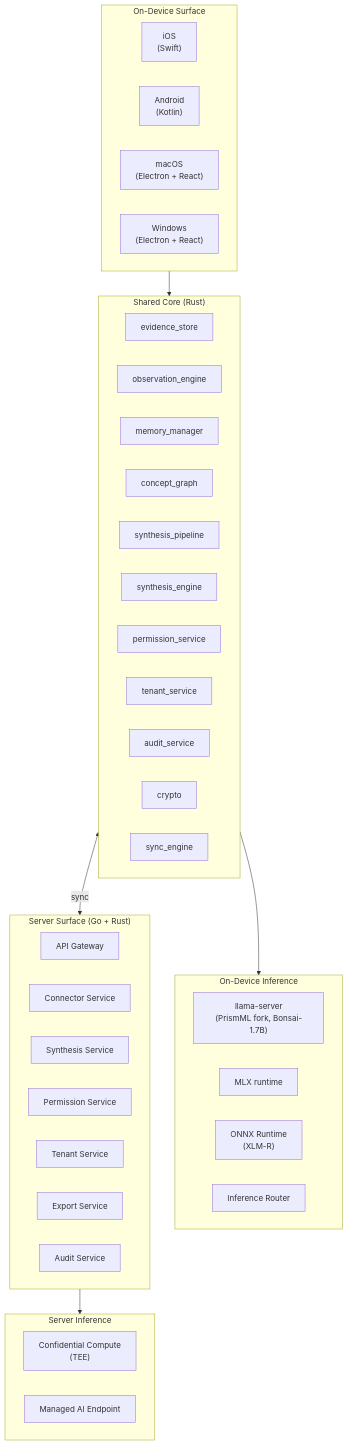
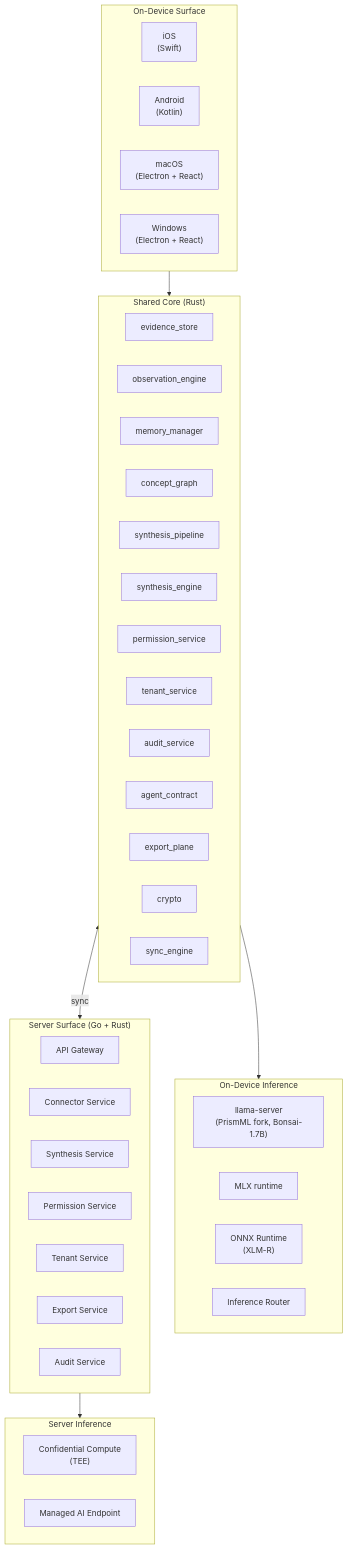
The first of 4 diagrams in ARCHITECTURE.md (kennguy3n/knowledge), drawn with Mermaid before and after one commit. The commit also changed other lines of this file and 21 other files, not shown here.

First line of the commit message:
Phase 5: Agent contract + export plane + audit extensions

````diff
--- a/ARCHITECTURE.md
+++ b/ARCHITECTURE.md
@@ -53,45 +55,47 @@
 ```mermaid
 flowchart TB
     subgraph Device["On-Device Surface"]
         UI_iOS["iOS\n(Swift)"]
         UI_AND["Android\n(Kotlin)"]
         UI_MAC["macOS\n(Electron + React)"]
         UI_WIN["Windows\n(Electron + React)"]
     end
     subgraph Core["Shared Core (Rust)"]
         ES["evidence_store"]
         OE["observation_engine"]
         MM["memory_manager"]
         CG["concept_graph"]
         SP["synthesis_pipeline"]
         SY["synthesis_engine"]
         PSV["permission_service"]
         TSV["tenant_service"]
         AUS["audit_service"]
+        AC["agent_contract"]
+        EP["export_plane"]
         CR["crypto"]
         SE["sync_engine"]
     end
     subgraph Inf["On-Device Inference"]
         LS["llama-server\n(PrismML fork, Bonsai-1.7B)"]
         MLX["MLX runtime"]
         ORT["ONNX Runtime\n(XLM-R)"]
         IR["Inference Router"]
     end
     subgraph Server["Server Surface (Go + Rust)"]
         GW["API Gateway"]
         CS["Connector Service"]
         SS["Synthesis Service"]
         PS["Permission Service"]
         TS["Tenant Service"]
         XS["Export Service"]
         AS["Audit Service"]
     end
     subgraph SInf["Server Inference"]
         TEE["Confidential Compute\n(TEE)"]
         MAI["Managed AI Endpoint"]
     end
     Device --> Core
     Core --> Inf
     Core <-->|sync| Server
     Server --> SInf
 ```
````
